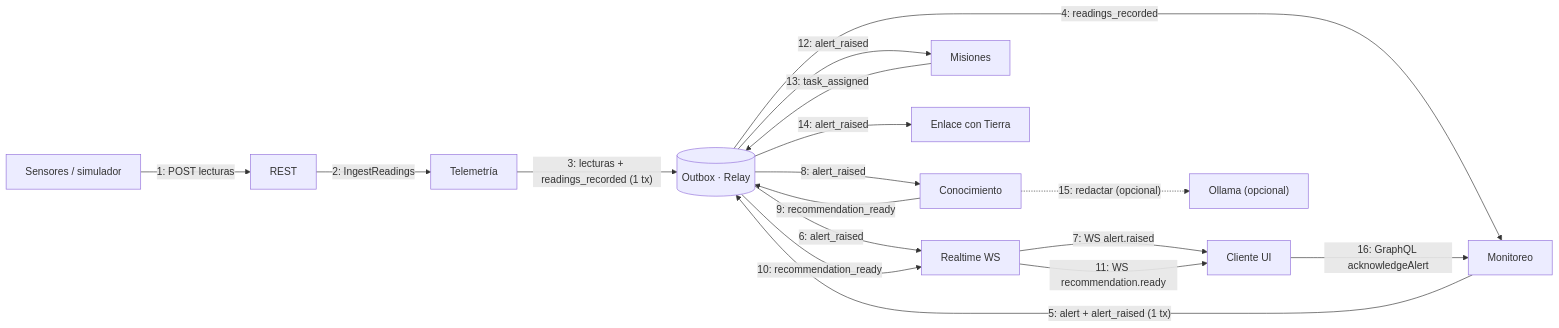
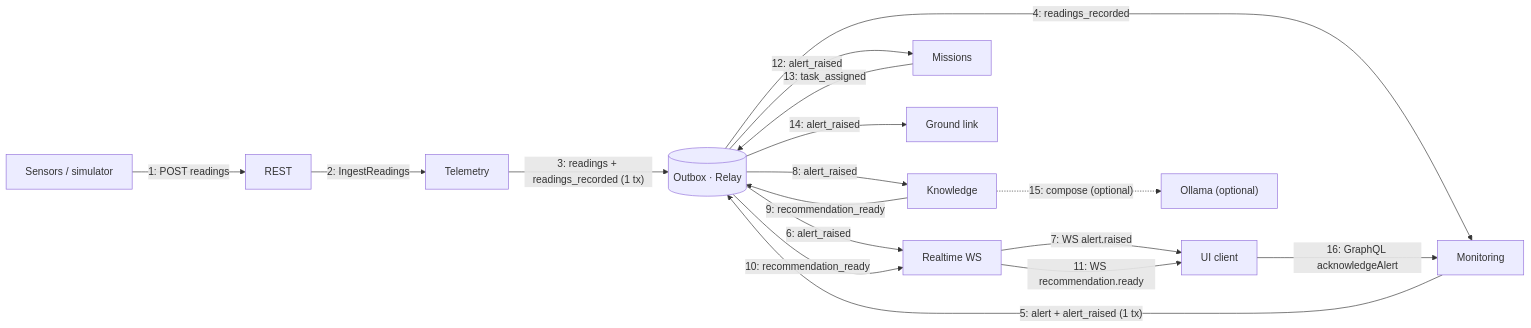
The second of 3 diagrams in tools/docgen/template.md (Julio-Cuellar/SpaceOverflow), drawn with Mermaid before and after one commit. The commit also changed other lines of this file and 300 other files, not shown here.

````diff
--- a/tools/docgen/template.md
+++ b/tools/docgen/template.md
@@ -241,30 +241,30 @@
 ```mermaid
 flowchart LR
-  S["Sensores / simulador"]
+  S["Sensors / simulator"]
   REST["REST"]
-  TEL["Telemetría"]
+  TEL["Telemetry"]
   OB[("Outbox · Relay")]
-  MON["Monitoreo"]
-  KNW["Conocimiento"]
-  ENG["Misiones"]
-  UPL["Enlace con Tierra"]
+  MON["Monitoring"]
+  KNW["Knowledge"]
+  ENG["Missions"]
+  UPL["Ground link"]
   RT["Realtime WS"]
-  UI["Cliente UI"]
-  LLM["Ollama (opcional)"]
-  S -->|"1: POST lecturas"| REST
+  UI["UI client"]
+  LLM["Ollama (optional)"]
+  S -->|"1: POST readings"| REST
   REST -->|"2: IngestReadings"| TEL
-  TEL -->|"3: lecturas + readings_recorded (1 tx)"| OB
+  TEL -->|"3: readings + readings_recorded (1 tx)"| OB
   OB -->|"4: readings_recorded"| MON
   MON -->|"5: alert + alert_raised (1 tx)"| OB
   OB -->|"6: alert_raised"| RT
   RT -->|"7: WS alert.raised"| UI
   OB -->|"8: alert_raised"| KNW
   KNW -->|"9: recommendation_ready"| OB
   OB -->|"10: recommendation_ready"| RT
   RT -->|"11: WS recommendation.ready"| UI
   OB -->|"12: alert_raised"| ENG
   ENG -->|"13: task_assigned"| OB
   OB -->|"14: alert_raised"| UPL
-  KNW -.->|"15: redactar (opcional)"| LLM
+  KNW -.->|"15: compose (optional)"| LLM
   UI -->|"16: GraphQL acknowledgeAlert"| MON
 ```
````
